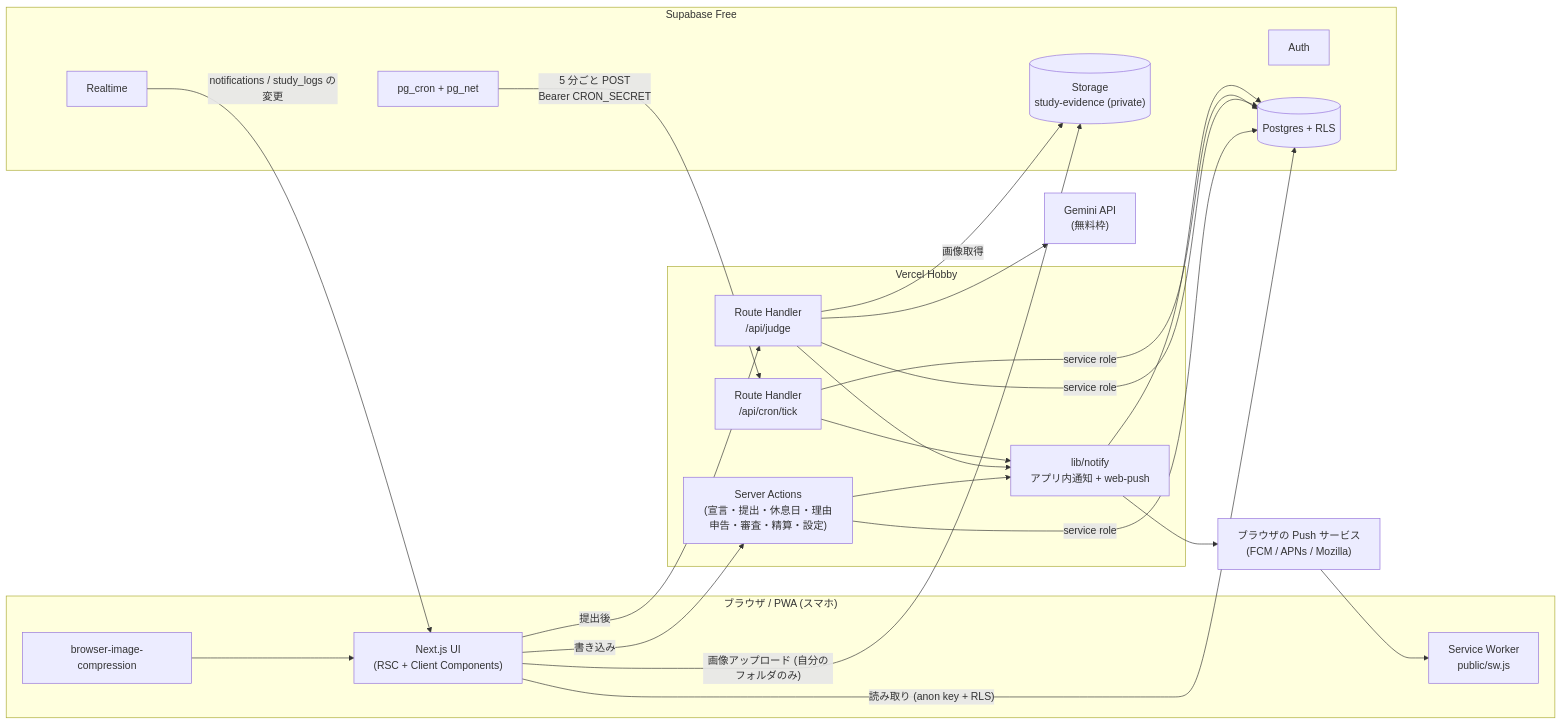
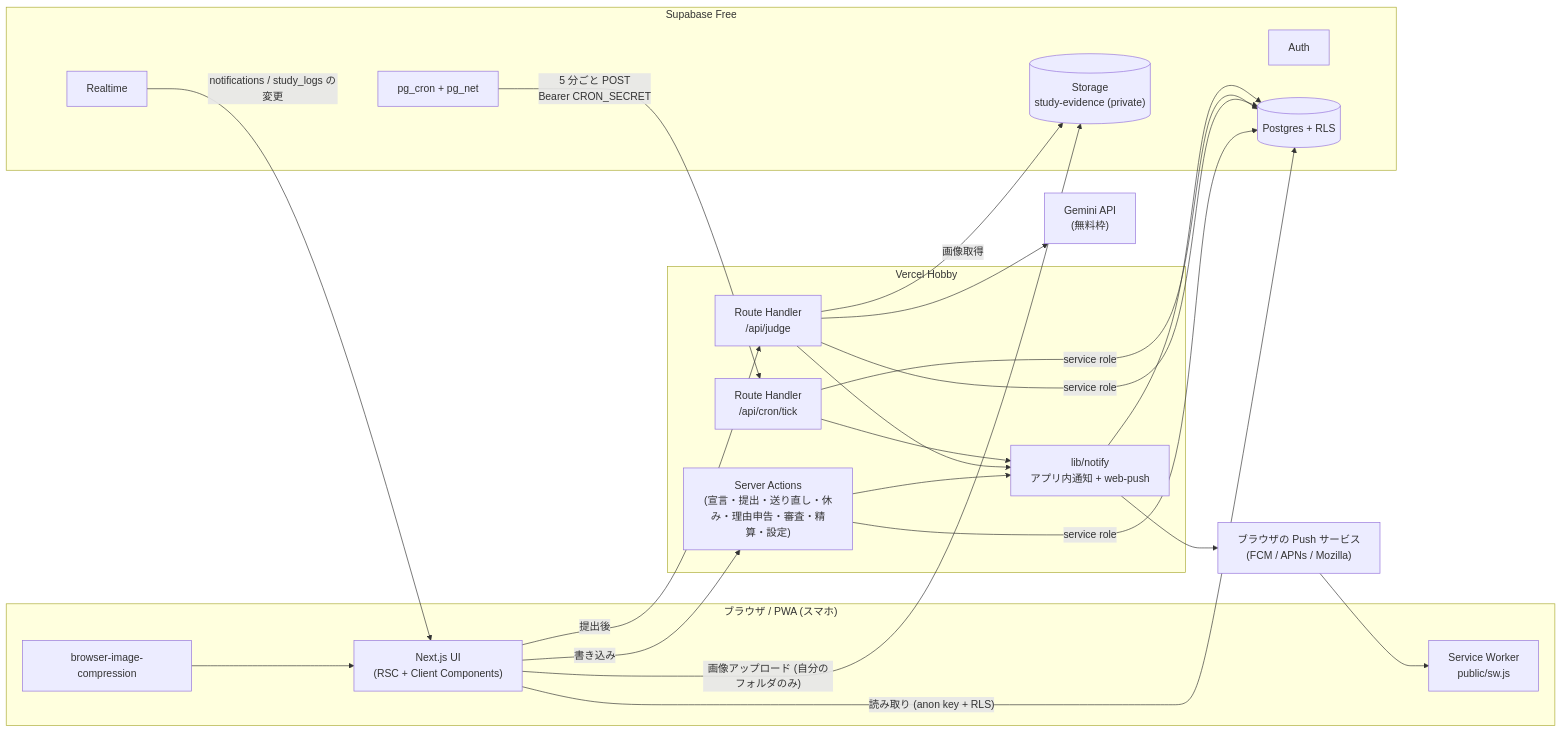
One commit to ashilal1/force-study-app changed the first of 6 diagrams in docs/architecture.md. Above: the diagram before and after it, drawn with Mermaid. The commit also changed other lines of this file and 6 other files, not shown here.

````diff
--- a/docs/architecture.md
+++ b/docs/architecture.md
@@ -7,40 +7,40 @@
 ```mermaid
 flowchart LR
     subgraph Client["ブラウザ / PWA (スマホ)"]
         UI["Next.js UI<br/>(RSC + Client Components)"]
         SW["Service Worker<br/>public/sw.js"]
         CMP["browser-image-compression"]
     end
 
     subgraph Vercel["Vercel Hobby"]
-        SA["Server Actions<br/>(宣言・提出・休息日・理由申告・審査・精算・設定)"]
+        SA["Server Actions<br/>(宣言・提出・送り直し・休み・理由申告・審査・精算・設定)"]
         JUDGE["Route Handler<br/>/api/judge"]
         TICK["Route Handler<br/>/api/cron/tick"]
         NOTIFY["lib/notify<br/>アプリ内通知 + web-push"]
     end
 
     subgraph Supabase["Supabase Free"]
         AUTH["Auth"]
         DB[("Postgres + RLS")]
         ST[("Storage<br/>study-evidence (private)")]
         RT["Realtime"]
         CRON["pg_cron + pg_net"]
     end
 
     GEM["Gemini API<br/>(無料枠)"]
     PUSH["ブラウザの Push サービス<br/>(FCM / APNs / Mozilla)"]
 
     UI -- "読み取り (anon key + RLS)" --> DB
     UI -- "画像アップロード (自分のフォルダのみ)" --> ST
     CMP --> UI
     UI -- "書き込み" --> SA
     UI -- "提出後" --> JUDGE
     RT -- "notifications / study_logs の変更" --> UI
     SA & JUDGE & TICK -- "service role" --> DB
     JUDGE -- "画像取得" --> ST
     JUDGE --> GEM
     SA & JUDGE & TICK --> NOTIFY
     NOTIFY --> DB
     NOTIFY --> PUSH --> SW
     CRON -- "5 分ごと POST<br/>Bearer CRON_SECRET" --> TICK
 ```
````
